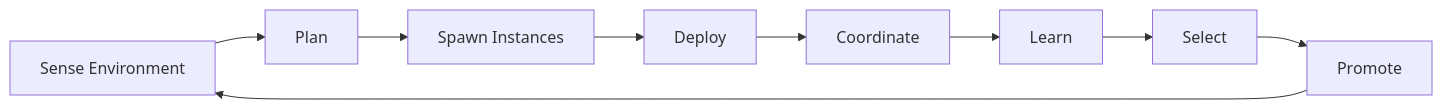
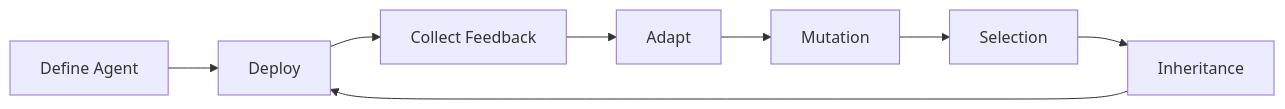
The diagram in README.md (LucasGonzmind/FORKTREE), drawn with Mermaid before and after one commit. The commit also changed other lines of this file, not shown here.

````diff
--- a/README.md
+++ b/README.md
@@ -113,11 +98,10 @@
 ```mermaid
 flowchart LR
-A[Sense Environment] --> B[Plan]
-B --> C[Spawn Instances]
-C --> D[Deploy]
-D --> E[Coordinate]
-E --> F[Learn]
-F --> G[Select]
-G --> H[Promote]
-H --> A
+A[Define Agent] --> B[Deploy]
+B --> C[Collect Feedback]
+C --> D[Adapt]
+D --> E[Mutation]
+E --> F[Selection]
+F --> G[Inheritance]
+G --> B
 ```
````
